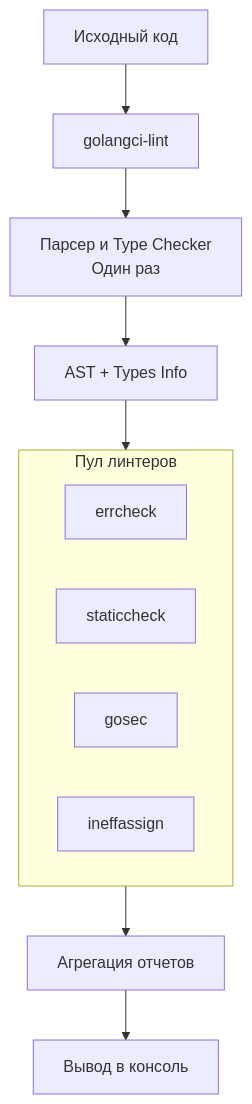
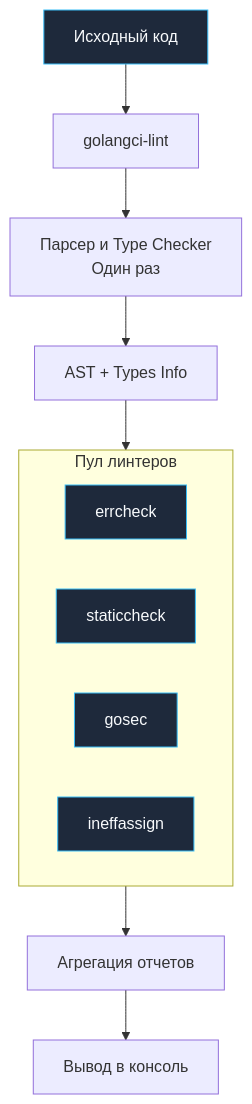
The diagram in sources/8. Инфраструктура языка, Тулинг и CI_CD/18. Линтеры. golangci lint.md (UnrealTemplier/go-textbook), drawn with Mermaid before and after one commit. The commit also changed 1666 other files, not shown here.

First line of the commit message:
feat(mermaid): add semantic color classDef to 1369 colorless flowchart/graph diagrams

````diff
--- a/sources/8. Инфраструктура языка, Тулинг и CI_CD/18. Линтеры. golangci lint.md
+++ b/sources/8. Инфраструктура языка, Тулинг и CI_CD/18. Линтеры. golangci lint.md
@@ -21,18 +21,28 @@
 ```mermaid
 flowchart TD
-    A["Исходный код"] --> B["golangci-lint"]
+    classDef process  fill:#1e293b,stroke:#38bdf8,stroke-width:1px,color:#f8fafc
+    classDef success  fill:#064e3b,stroke:#34d399,stroke-width:1px,color:#f8fafc
+    classDef error    fill:#7f1d1d,stroke:#f87171,stroke-width:1px,color:#f8fafc
+    classDef warning  fill:#78350f,stroke:#fbbf24,stroke-width:1px,color:#f8fafc
+    classDef entry    fill:#1e3a5f,stroke:#38bdf8,stroke-width:2px,color:#f8fafc
+    classDef aux      fill:#334155,stroke:#64748b,stroke-width:1px,color:#f8fafc
+    classDef system   fill:#312e81,stroke:#a78bfa,stroke-width:1px,color:#f8fafc
+    classDef data     fill:#132d29,stroke:#2dd4bf,stroke-width:1px,color:#f8fafc
+    classDef network  fill:#881337,stroke:#fb7185,stroke-width:1px,color:#f8fafc
+    classDef accent   fill:#1e1b4b,stroke:#818cf8,stroke-width:1px,color:#f8fafc
+    A["Исходный код"]:::process --> B["golangci-lint"]
     B --> C["Парсер и Type Checker<br>Один раз"]
     
     C --> D["AST + Types Info"]
     
     subgraph Linters ["Пул линтеров"]
-        E["errcheck"]
-        F["staticcheck"]
-        G["gosec"]
-        H["ineffassign"]
+        E["errcheck"]:::process
+        F["staticcheck"]:::process
+        G["gosec"]:::process
+        H["ineffassign"]:::process
     end
     
     D --> Linters
     Linters --> I["Агрегация отчетов"]
     I --> J["Вывод в консоль"]
 ```
````
